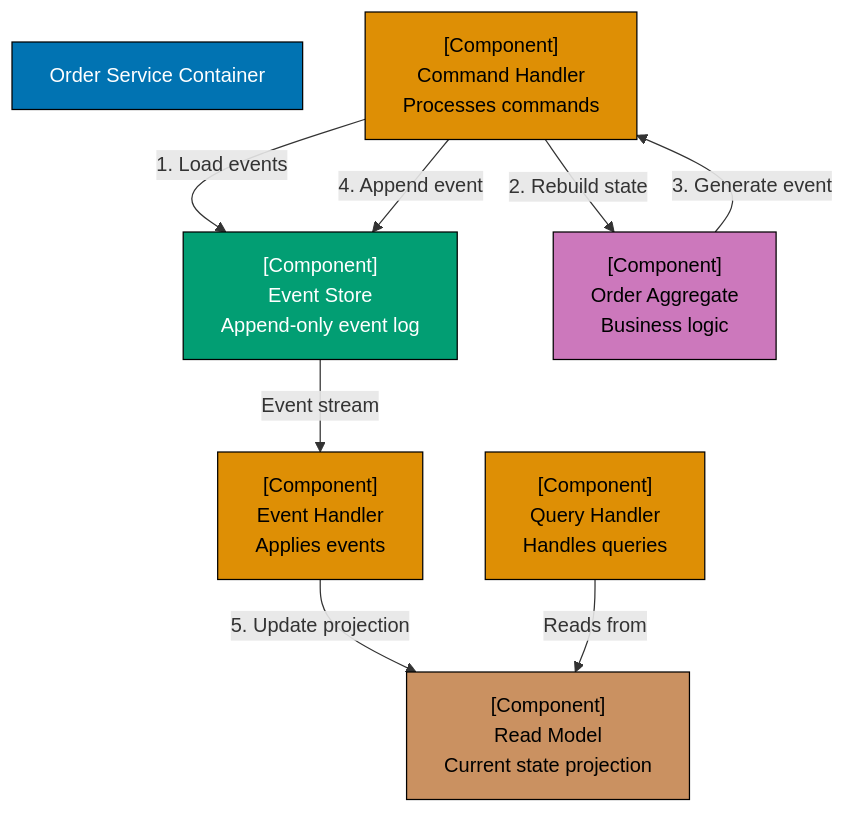
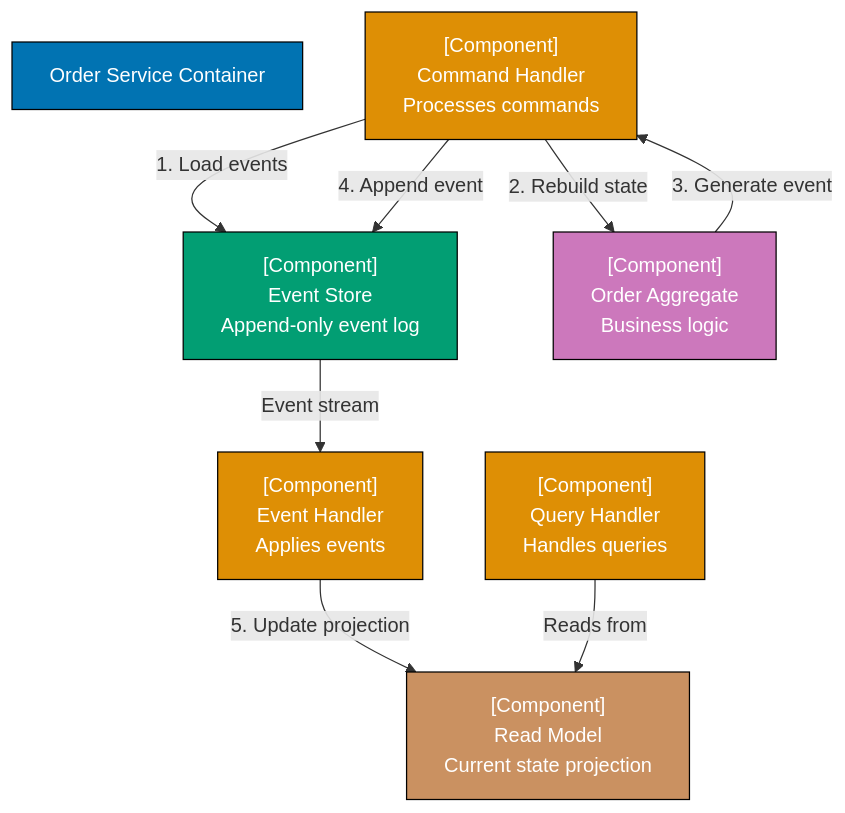
Before and after one commit to wahidyankf/open-sharia-enterprise: the second of 30 diagrams in apps/ayokoding-web/content/en/learn/software-engineering/architecture/c4-architecture-model/by-example/intermediate.md, drawn with Mermaid. The commit also changed other lines of this file and 61 other files, not shown here.

First line of the commit message:
fix(ayokoding-web): quote Mermaid node labels with special characters in Example 63

````diff
--- a/apps/ayokoding-web/content/en/learn/software-engineering/architecture/c4-architecture-model/by-example/intermediate.md
+++ b/apps/ayokoding-web/content/en/learn/software-engineering/architecture/c4-architecture-model/by-example/intermediate.md
@@ -78,31 +78,31 @@
 ```mermaid
 graph TD
     OrderService["Order Service Container"]
 
     CommandHandler["[Component]<br/>Command Handler<br/>Processes commands"]
     EventStore["[Component]<br/>Event Store<br/>Append-only event log"]
     EventHandler["[Component]<br/>Event Handler<br/>Applies events"]
 
     Aggregate["[Component]<br/>Order Aggregate<br/>Business logic"]
     ReadModel["[Component]<br/>Read Model<br/>Current state projection"]
 
     QueryHandler["[Component]<br/>Query Handler<br/>Handles queries"]
 
     CommandHandler -->|"1. Load events"| EventStore
     CommandHandler -->|"2. Rebuild state"| Aggregate
     Aggregate -->|"3. Generate event"| CommandHandler
     CommandHandler -->|"4. Append event"| EventStore
 
     EventStore -->|"Event stream"| EventHandler
     EventHandler -->|"5. Update projection"| ReadModel
 
     QueryHandler -->|"Reads from"| ReadModel
 
     style OrderService fill:#0173B2,stroke:#000,color:#fff
-    style CommandHandler fill:#DE8F05,stroke:#000,color:#000
+    style CommandHandler fill:#DE8F05,stroke:#000,color:#fff
     style EventStore fill:#029E73,stroke:#000,color:#fff
-    style EventHandler fill:#DE8F05,stroke:#000,color:#000
-    style Aggregate fill:#CC78BC,stroke:#000,color:#000
-    style ReadModel fill:#CA9161,stroke:#000,color:#000
-    style QueryHandler fill:#DE8F05,stroke:#000,color:#000
+    style EventHandler fill:#DE8F05,stroke:#000,color:#fff
+    style Aggregate fill:#CC78BC,stroke:#000,color:#fff
+    style ReadModel fill:#CA9161,stroke:#000,color:#fff
+    style QueryHandler fill:#DE8F05,stroke:#000,color:#fff
 ```
````
